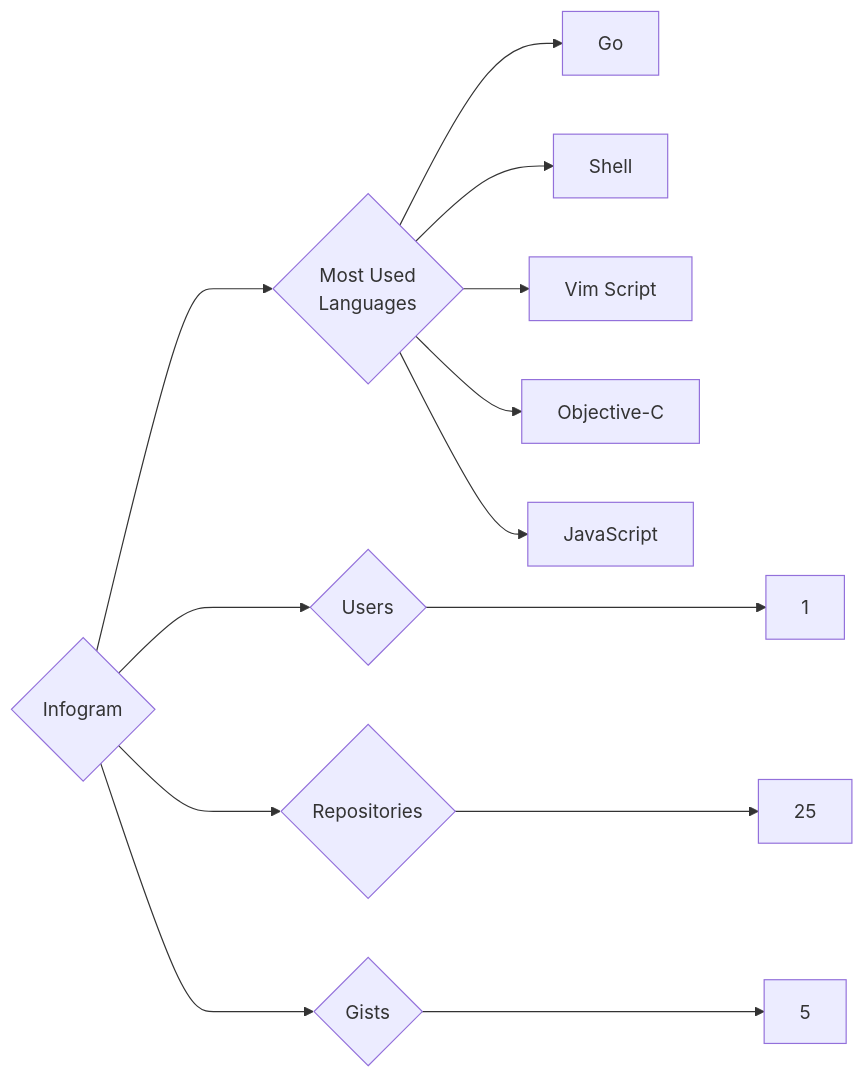
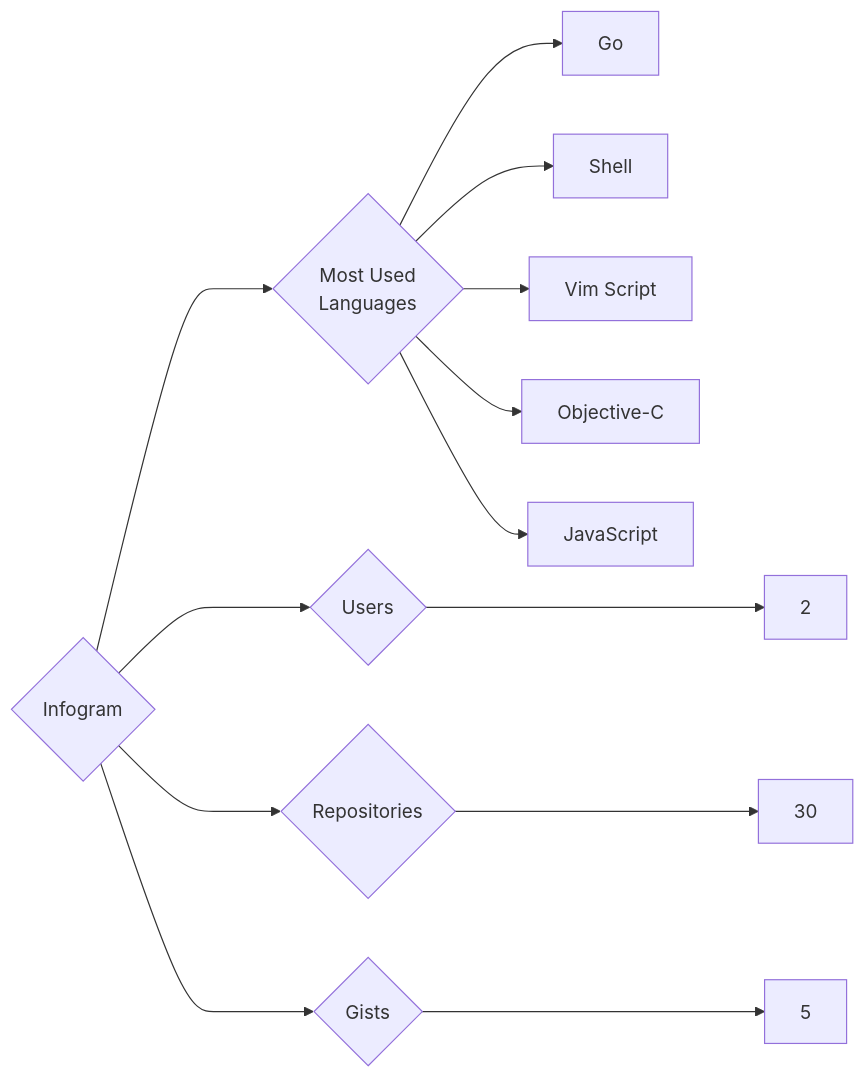
Before and after one commit to trickest/insiders: the diagram in targets/Infogram/README.md, drawn with Mermaid. The commit also changed 681 other files, not shown here.

````diff
--- a/targets/Infogram/README.md
+++ b/targets/Infogram/README.md
@@ -3,13 +3,13 @@
 ```mermaid
 graph LR
 COMPANY_NAME{Infogram}
-COMPANY_NAME ---> U{Users} ---> UN[1]
-COMPANY_NAME ---> R{Repositories} ---> RN[25]
+COMPANY_NAME ---> U{Users} ---> UN[2]
+COMPANY_NAME ---> R{Repositories} ---> RN[30]
 COMPANY_NAME ---> G{Gists} ---> GN[5]
 COMPANY_NAME ---> ML{Most Used<br>Languages}
 ML --> Go[Go]
 ML --> Shell[Shell]
 ML --> Vim_Script[Vim Script]
 ML --> Objective-C[Objective-C]
 ML --> JavaScript[JavaScript]
 ```
````
